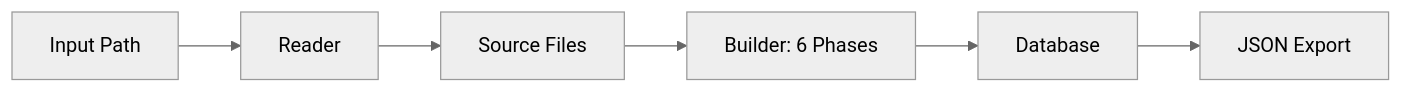
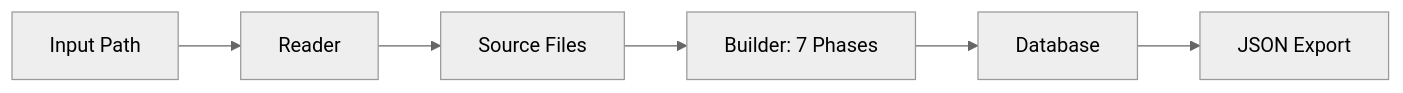
Before and after one commit to th13vn/w3goaudit: the fifth of 8 diagrams in docs/workflows.md, drawn with Mermaid (neutral theme). The commit also changed other lines of this file and 374 other files, not shown here.

````diff
--- a/docs/workflows.md
+++ b/docs/workflows.md
@@ -202,8 +247,8 @@
 ```mermaid
 graph LR
     A[Input Path] --> B[Reader]
     B --> C[Source Files]
-    C --> D[Builder: 6 Phases]
+    C --> D[Builder: 7 Phases]
     D --> E[Database]
     E --> F[JSON Export]
 ```
````
